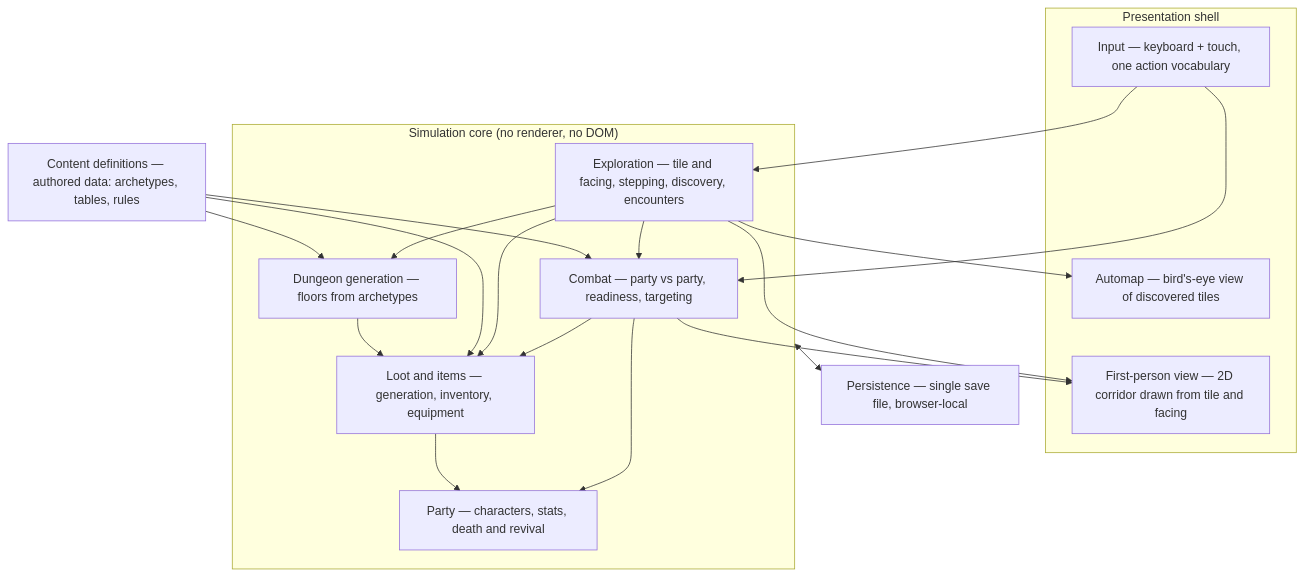
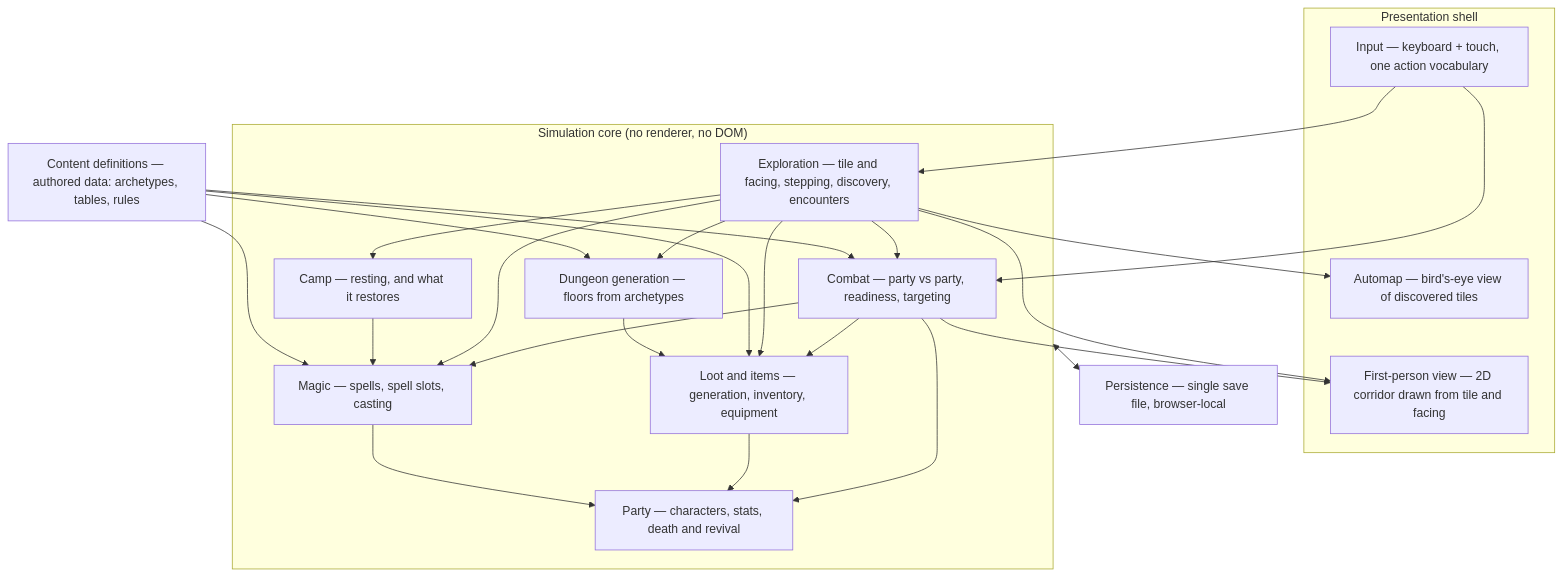
Before and after one commit to mjschleckser/deepcrawl: the diagram in docs/high-level-design.md, drawn with Mermaid. The commit also changed other lines of this file and 11 other files, not shown here.

First line of the commit message:
Design magic and a minimal camp

````diff
--- a/docs/high-level-design.md
+++ b/docs/high-level-design.md
@@ -153,36 +153,44 @@
 ```mermaid
 flowchart TB
     subgraph shell["Presentation shell"]
         view["First-person view — 2D corridor drawn from tile and facing"]
         automap["Automap — bird's-eye view of discovered tiles"]
         input["Input — keyboard + touch, one action vocabulary"]
     end
 
     subgraph sim["Simulation core (no renderer, no DOM)"]
         combat["Combat — party vs party, readiness, targeting"]
         party["Party — characters, stats, death and revival"]
         explore["Exploration — tile and facing, stepping, discovery, encounters"]
         dungeon["Dungeon generation — floors from archetypes"]
         loot["Loot and items — generation, inventory, equipment"]
+        magic["Magic — spells, spell slots, casting"]
+        camp["Camp — resting, and what it restores"]
     end
 
     content["Content definitions — authored data: archetypes, tables, rules"]
     save["Persistence — single save file, browser-local"]
 
     input --> explore
     input --> combat
     explore --> view
     explore --> automap
     combat --> view
     explore --> combat
     combat --> party
     explore --> dungeon
     combat --> loot
     explore --> loot
     content --> dungeon
     content --> combat
     content --> loot
     dungeon --> loot
     loot --> party
+    combat --> magic
+    explore --> magic
+    explore --> camp
+    camp --> magic
+    magic --> party
+    content --> magic
     sim <--> save
 ```
````
